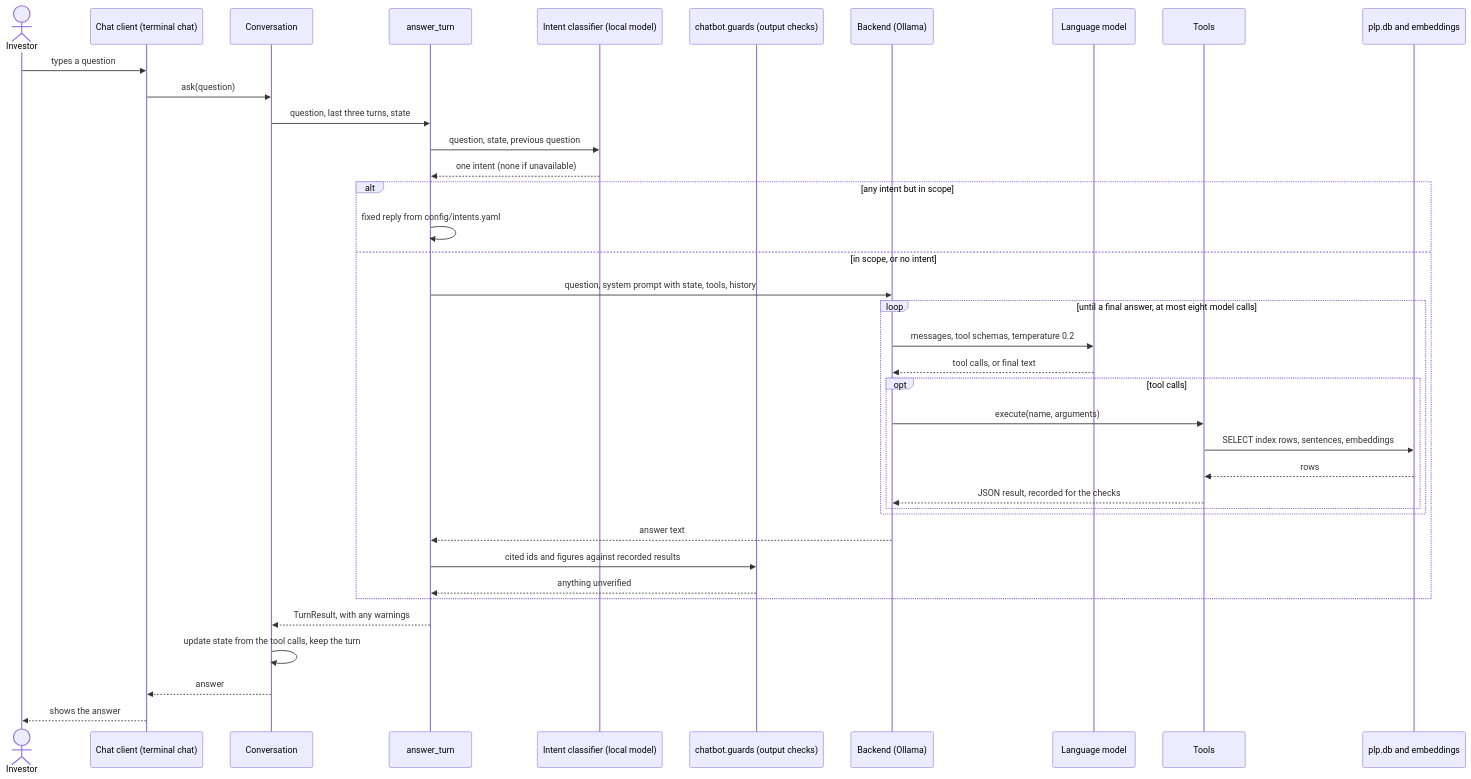
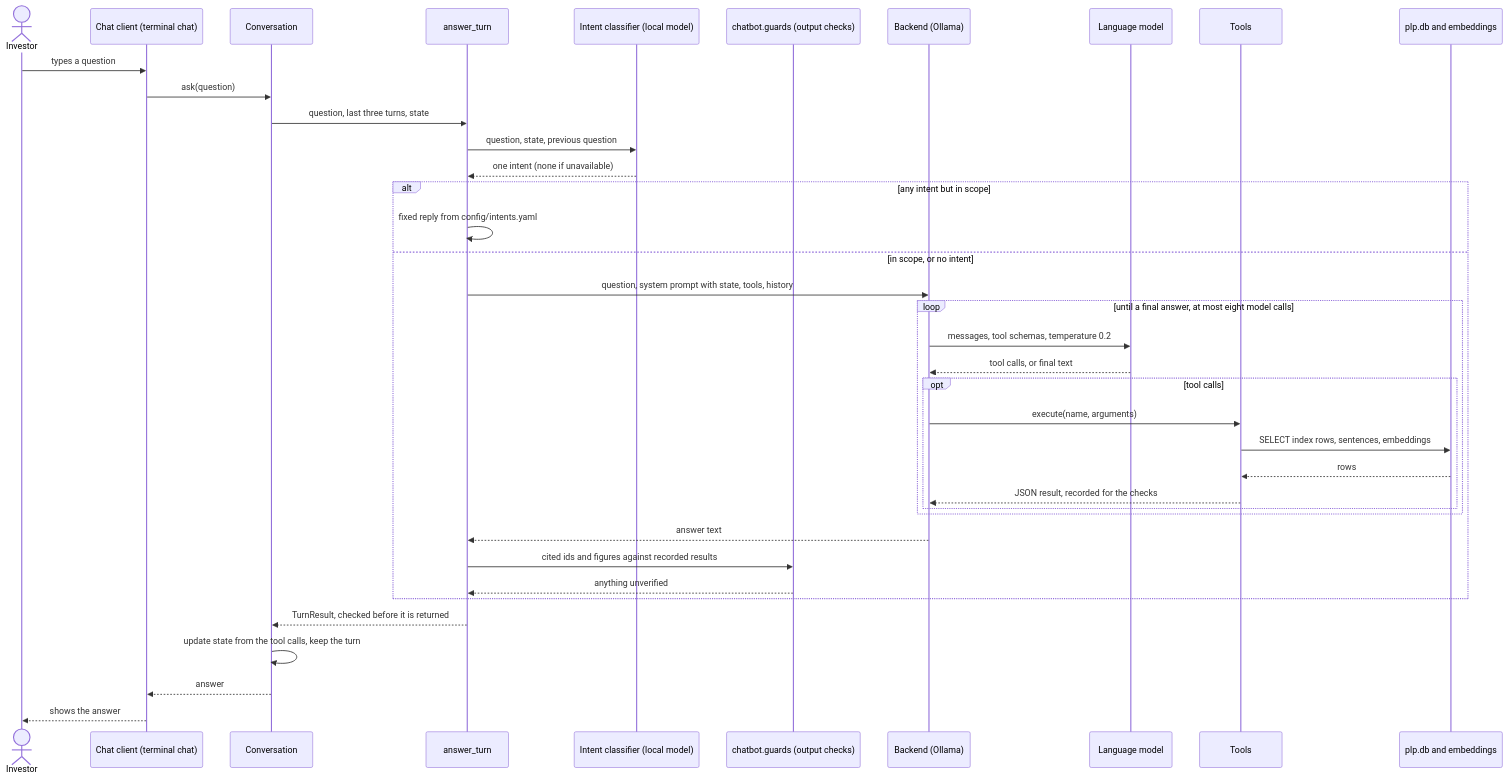
Before and after one commit to Gavingyh/plp-project: the diagram in docs/diagrams/src/08-chatbot-sequence.mmd, drawn with Mermaid. The commit also changed 50 other files, not shown here.

```diff
--- a/docs/diagrams/src/08-chatbot-sequence.mmd
+++ b/docs/diagrams/src/08-chatbot-sequence.mmd
@@ -1,42 +1,42 @@
 sequenceDiagram
   accTitle: Chatbot sequence from a chat client
   accDescr: The chat client hands the question to the conversation, which asks a local intent classifier first, then runs the model's tool loop against the database, then the output checks, and updates its state.
 
   actor user as Investor
   participant ui as Chat client (terminal chat)
   participant conv as Conversation
   participant turn as answer_turn
   participant ic as Intent classifier (local model)
   participant g as chatbot.guards (output checks)
   participant be as Backend (Ollama)
   participant llm as Language model
   participant tools as Tools
   participant db as plp.db and embeddings
 
   user->>ui: types a question
   ui->>conv: ask(question)
   conv->>turn: question, last three turns, state
   turn->>ic: question, state, previous question
   ic-->>turn: one intent (none if unavailable)
   alt any intent but in scope
     turn->>turn: fixed reply from config/intents.yaml
   else in scope, or no intent
     turn->>be: question, system prompt with state, tools, history
     loop until a final answer, at most eight model calls
       be->>llm: messages, tool schemas, temperature 0.2
       llm-->>be: tool calls, or final text
       opt tool calls
         be->>tools: execute(name, arguments)
         tools->>db: SELECT index rows, sentences, embeddings
         db-->>tools: rows
         tools-->>be: JSON result, recorded for the checks
       end
     end
     be-->>turn: answer text
     turn->>g: cited ids and figures against recorded results
     g-->>turn: anything unverified
   end
-  turn-->>conv: TurnResult, with any warnings
+  turn-->>conv: TurnResult, checked before it is returned
   conv->>conv: update state from the tool calls, keep the turn
   conv-->>ui: answer
   ui-->>user: shows the answer
```
